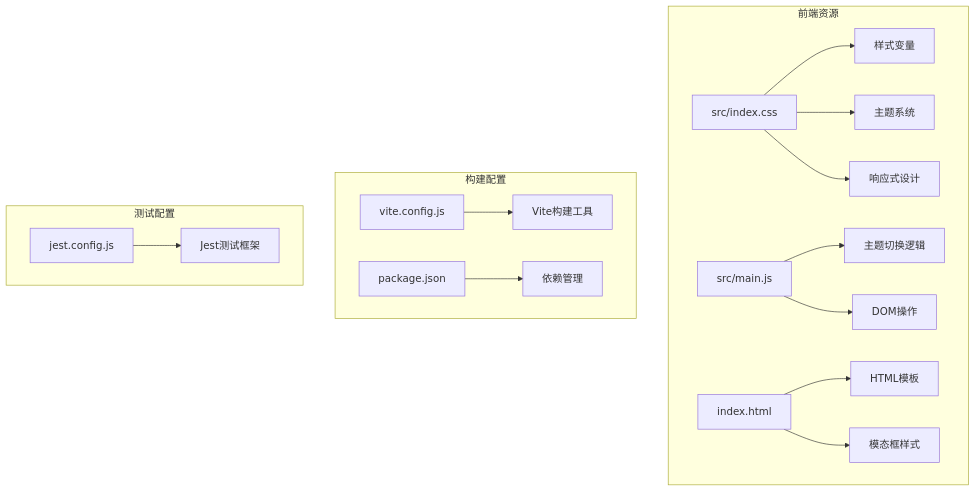
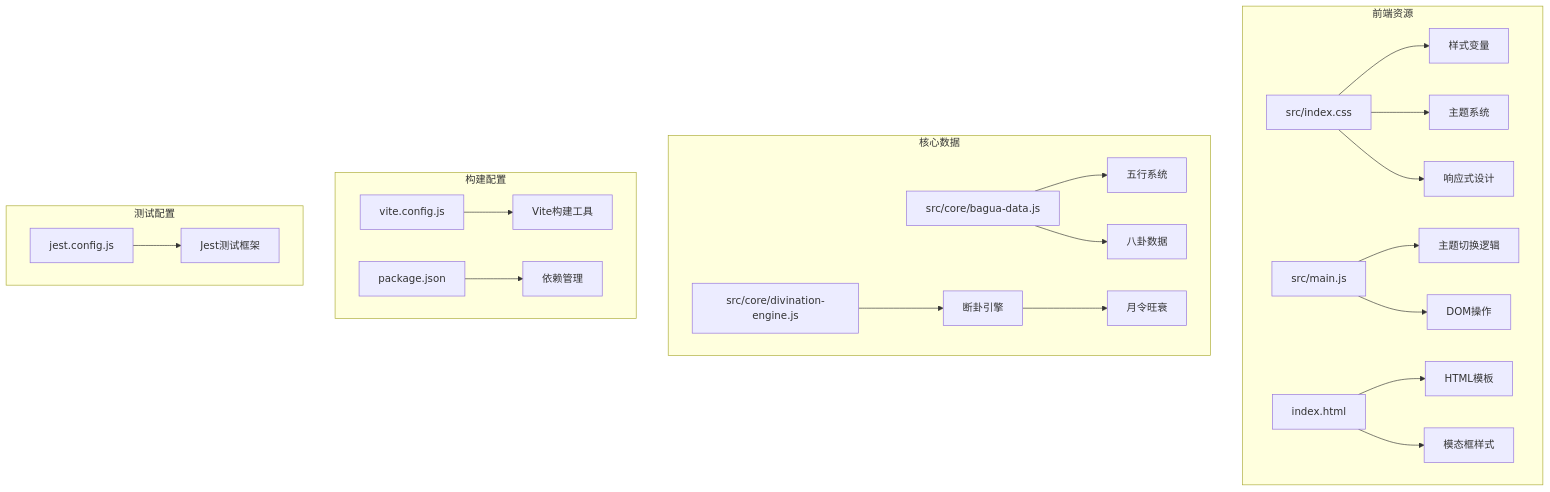
Before and after one commit to ghg618-ui/meihuayili-3.8: the first of 9 diagrams in .qoder/repowiki/zh/content/用户界面/样式与主题.md, drawn with Mermaid. The commit also changed other lines of this file and 6 other files, not shown here.

````diff
--- a/.qoder/repowiki/zh/content/用户界面/样式与主题.md
+++ b/.qoder/repowiki/zh/content/用户界面/样式与主题.md
@@ -39,19 +44,25 @@
 ```mermaid
 graph TB
 subgraph "前端资源"
 A[src/index.css] --> C[样式变量]
 A --> D[主题系统]
 A --> E[响应式设计]
 B[src/main.js] --> F[主题切换逻辑]
 B --> G[DOM操作]
 H[index.html] --> I[HTML模板]
 H --> J[模态框样式]
 end
+subgraph "核心数据"
+K[src/core/bagua-data.js] --> L[五行系统]
+K --> M[八卦数据]
+N[src/core/divination-engine.js] --> O[断卦引擎]
+O --> P[月令旺衰]
+end
 subgraph "构建配置"
-K[vite.config.js] --> L[Vite构建工具]
-M[package.json] --> N[依赖管理]
+Q[vite.config.js] --> R[Vite构建工具]
+S[package.json] --> T[依赖管理]
 end
 subgraph "测试配置"
-O[jest.config.js] --> P[Jest测试框架]
+U[jest.config.js] --> V[Jest测试框架]
 end
 ```
````
